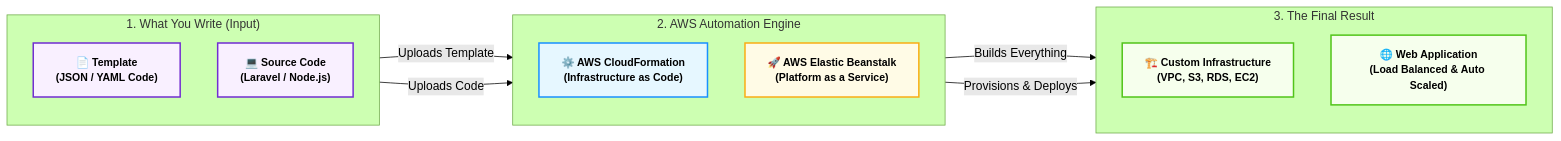
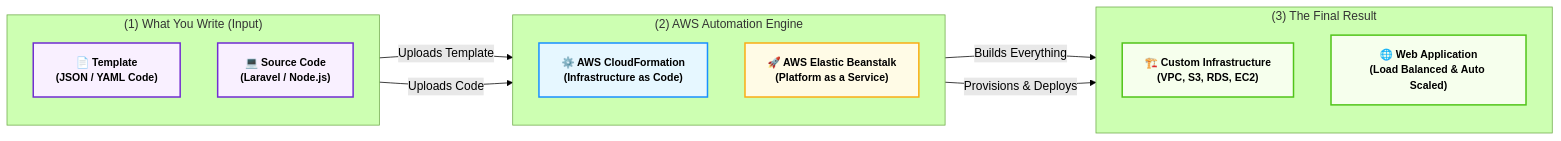
Before and after one commit to muhammad-khaled-tech/My-Study-Notes: diagram 21 of 47 in Domain 3.md, drawn with Mermaid (forest theme). The commit also changed other lines of this file and 5 other files, not shown here.

````diff
--- a/Domain 3.md
+++ b/Domain 3.md
@@ -2293,40 +2385,40 @@
 ```mermaid
 flowchart LR
     %% Global Styling
     classDef default font-weight:bold,font-size:14px,stroke-width:2px;
     classDef dev fill:#f9f0ff,stroke:#722ed1,color:#000;
     classDef cfn fill:#e6f7ff,stroke:#1890ff,color:#000;
     classDef eb fill:#fffbe6,stroke:#faad14,color:#000;
     classDef aws fill:#f6ffed,stroke:#52c41a,color:#000;
 
-    subgraph Input ["1. What You Write (Input)"]
+    subgraph Input ["(1) What You Write (Input)"]
         direction TB
         Template["📄 Template<br/>(JSON / YAML Code)"]
         Code["💻 Source Code<br/>(Laravel / Node.js)"]
     end
 
-    subgraph Engine ["2. AWS Automation Engine"]
+    subgraph Engine ["(2) AWS Automation Engine"]
         direction TB
         CFN["⚙️ AWS CloudFormation<br/>(Infrastructure as Code)"]
         EB["🚀 AWS Elastic Beanstalk<br/>(Platform as a Service)"]
     end
 
-    subgraph Output ["3. The Final Result"]
+    subgraph Output ["(3) The Final Result"]
         direction TB
         Infra["🏗️ Custom Infrastructure<br/>(VPC, S3, RDS, EC2)"]
         WebApp["🌐 Web Application<br/>(Load Balanced & Auto Scaled)"]
     end
 
     %% Connections defined strictly outside subgraphs with protected text
     Template -->|"Uploads Template"| CFN
     CFN -->|"Builds Everything"| Infra
 
     Code -->|"Uploads Code"| EB
     EB -->|"Provisions & Deploys"| WebApp
 
     %% Apply Classes
     class Template,Code dev;
     class CFN cfn;
     class EB eb;
     class Infra,WebApp aws;
 ```
````
